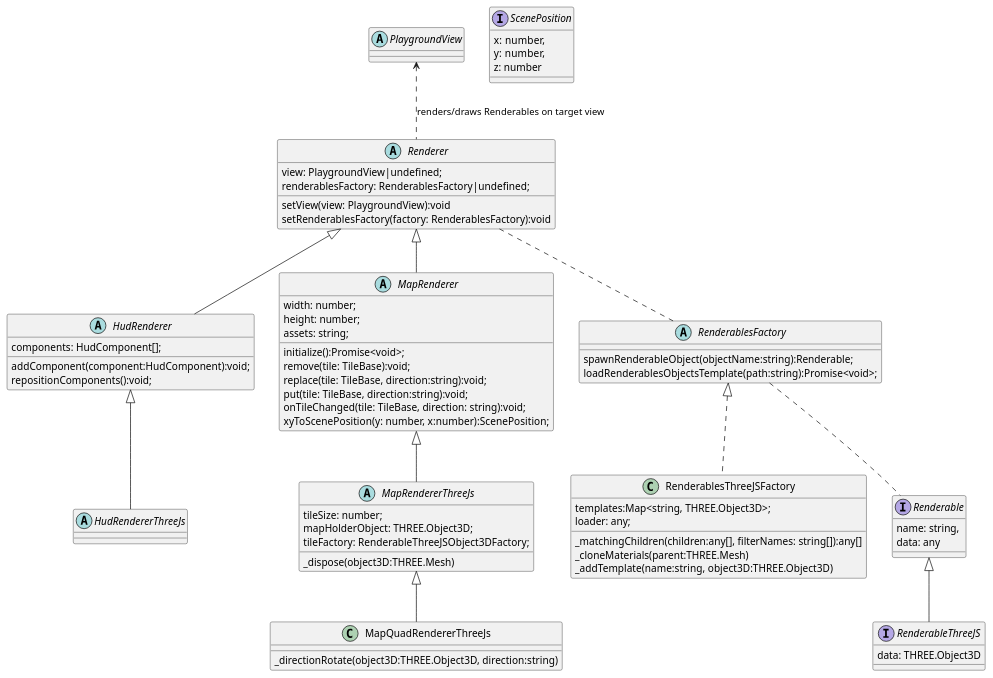
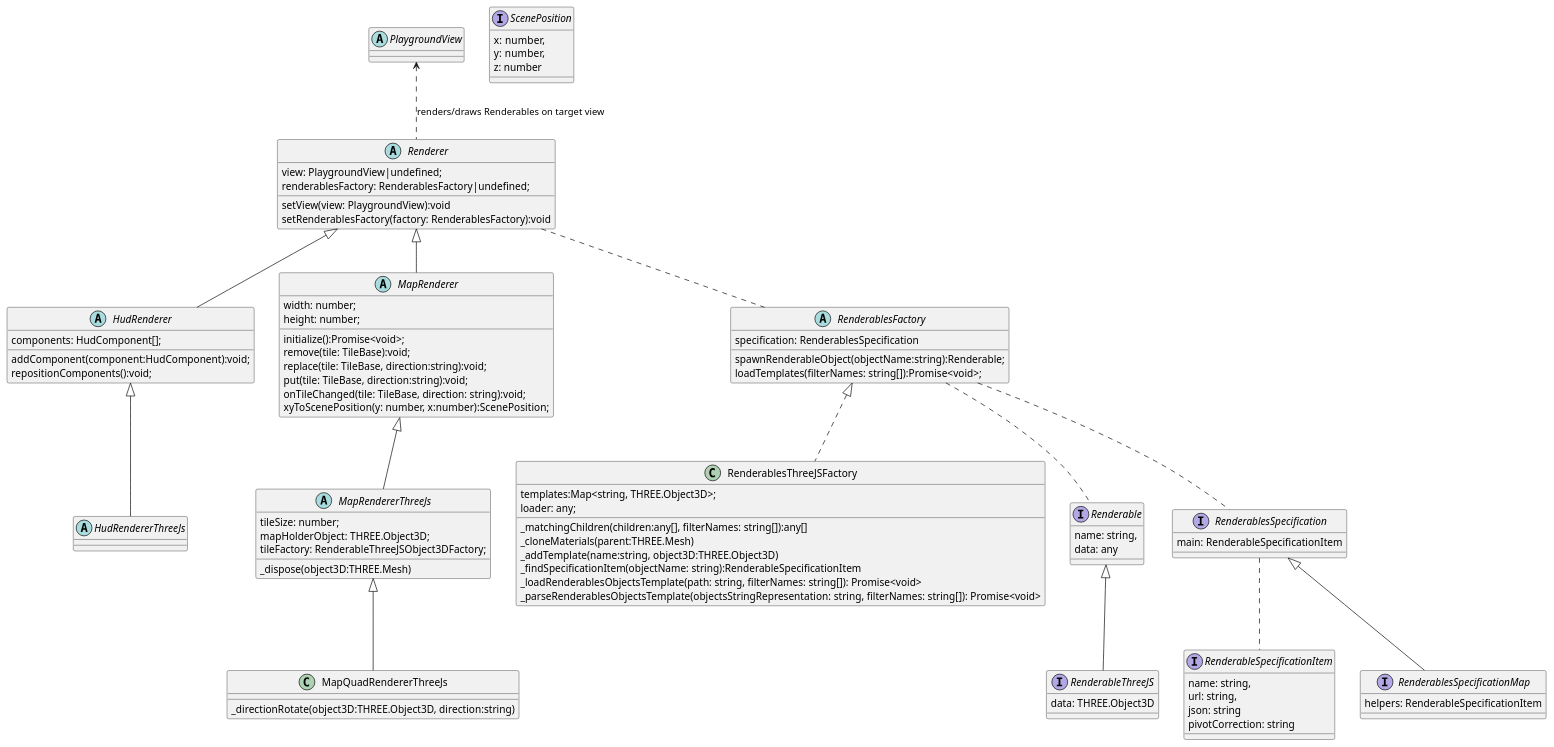
The diagram in docs/renderer.model.puml (yentenobserver/gngine), drawn with PlantUML before and after one commit. The commit also changed 31 other files, not shown here.

```diff
--- a/docs/renderer.model.puml
+++ b/docs/renderer.model.puml
@@ -1,89 +1,116 @@
 @startuml
 
 
 
 abstract class PlaygroundView {  }
 
 
 abstract class Renderer {
   view: PlaygroundView|undefined;
   renderablesFactory: RenderablesFactory|undefined;
   {method} setView(view: PlaygroundView):void
   {method} setRenderablesFactory(factory: RenderablesFactory):void
 }
 
 abstract class HudRenderer {
   components: HudComponent[];
   {method} addComponent(component:HudComponent):void;
   {method} repositionComponents():void;
 }
 
 abstract class HudRendererThreeJs {}
 
 abstract class MapRenderer {
   {field} width: number;
   {field} height: number;
-  {field} assets: string;
+  
 
   {method} initialize():Promise<void>;
   {method} remove(tile: TileBase):void;
   {method} replace(tile: TileBase, direction:string):void;
   {method} put(tile: TileBase, direction:string):void;
   {method} onTileChanged(tile: TileBase, direction: string):void;
   {method} xyToScenePosition(y: number, x:number):ScenePosition;
 }
 
 abstract class MapRendererThreeJs {
   tileSize: number;
   mapHolderObject: THREE.Object3D;
   tileFactory: RenderableThreeJSObject3DFactory;
 
   {method} _dispose(object3D:THREE.Mesh)
 }
 
 class MapQuadRendererThreeJs {
   {method} _directionRotate(object3D:THREE.Object3D, direction:string)
 }
 
 abstract class RenderablesFactory {
+  specification: RenderablesSpecification
   {method} spawnRenderableObject(objectName:string):Renderable;
-  {method} loadRenderablesObjectsTemplate(path:string):Promise<void>;
+  {method} loadTemplates(filterNames: string[]):Promise<void>;
 }
 
 class RenderablesThreeJSFactory {
   templates:Map<string, THREE.Object3D>;
   loader: any;
   {method} _matchingChildren(children:any[], filterNames: string[]):any[]
   {method} _cloneMaterials(parent:THREE.Mesh)
   {method} _addTemplate(name:string, object3D:THREE.Object3D)
+  {method} _findSpecificationItem(objectName: string):RenderableSpecificationItem
+  {method} _loadRenderablesObjectsTemplate(path: string, filterNames: string[]): Promise<void>
+  {method} _parseRenderablesObjectsTemplate(objectsStringRepresentation: string, filterNames: string[]): Promise<void>
 }
 
 interface Renderable{
   name: string,
   data: any
 }
 
-interface RenderableThreeJS {
+interface RenderableThreeJS{
   data: THREE.Object3D
+}
+
+
+
+interface RenderableSpecificationItem {
+  name: string,
+  url: string,
+  json: string
+  pivotCorrection: string
+}
+
+interface RenderablesSpecification {
+  main: RenderableSpecificationItem  
+}
+
+interface RenderablesSpecificationMap {
+  helpers: RenderableSpecificationItem
 }
 
 interface ScenePosition {
   x: number,
   y: number,
   z: number
 }
 
 PlaygroundView <.. Renderer : renders/draws Renderables on target view
 
 Renderer <|-- MapRenderer
 Renderer <|-- HudRenderer
 HudRenderer <|-- HudRendererThreeJs
 MapRenderer <|-- MapRendererThreeJs
 MapRendererThreeJs <|-- MapQuadRendererThreeJs
 Renderer .. RenderablesFactory
 RenderablesFactory .. Renderable
 
 RenderablesFactory <|.. RenderablesThreeJSFactory
 
 Renderable <|-- RenderableThreeJS
+
+RenderablesSpecification <|-- RenderablesSpecificationMap
+
+RenderablesSpecification .. RenderableSpecificationItem
+
+RenderablesFactory .. RenderablesSpecification
 @enduml
```
